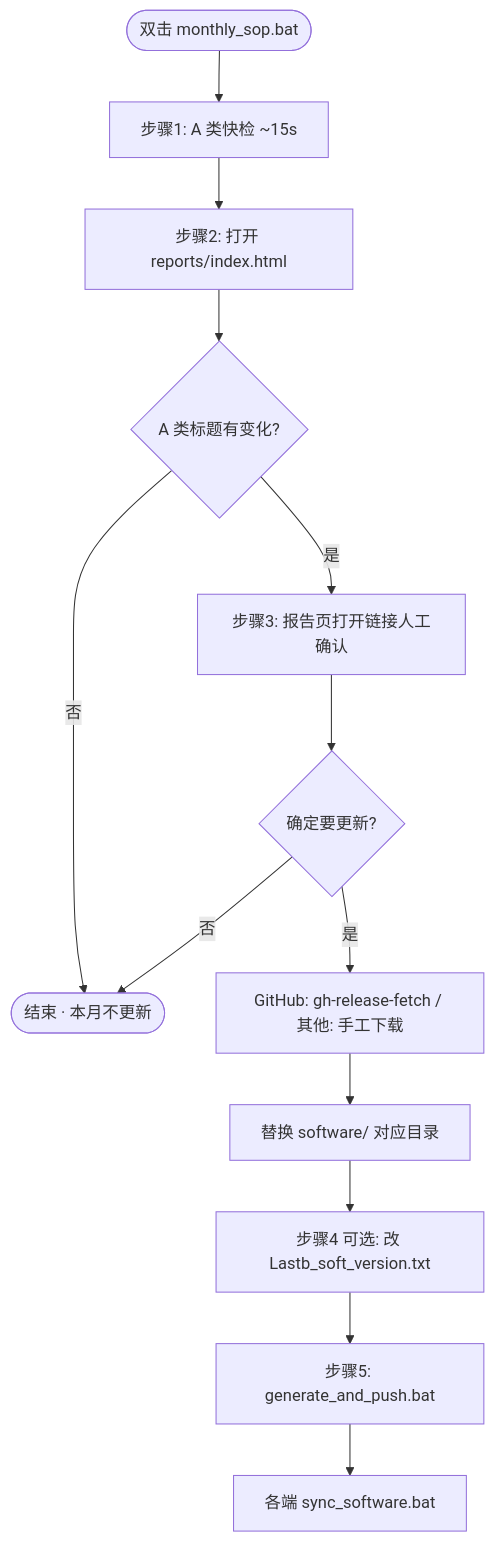
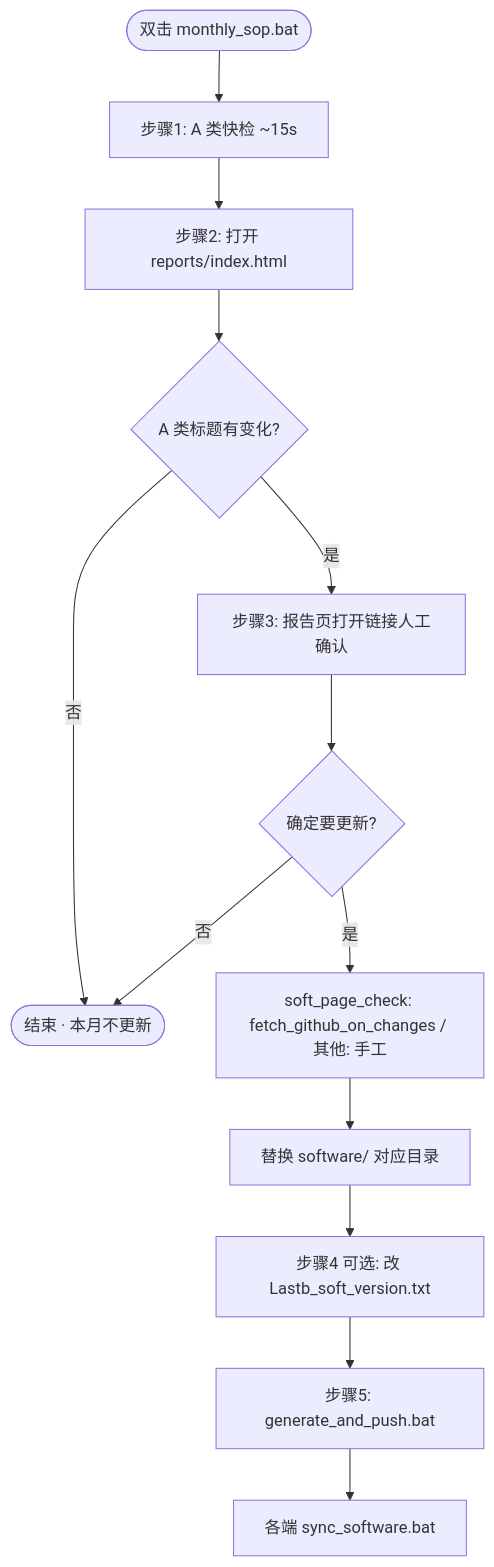
One commit to shellsec/softgitup changed the diagram in soft_page_check/README.md. Above: the diagram before and after it, drawn with Mermaid. The commit also changed other lines of this file and 77 other files, not shown here.

````diff
--- a/soft_page_check/README.md
+++ b/soft_page_check/README.md
@@ -19,15 +19,15 @@
 ```mermaid
 flowchart TD
   Start([双击 monthly_sop.bat]) --> S1[步骤1: A 类快检 ~15s]
   S1 --> S2[步骤2: 打开 reports/index.html]
   S2 --> Q{A 类标题有变化?}
   Q -->|否| EndOK([结束 · 本月不更新])
   Q -->|是| S3[步骤3: 报告页打开链接人工确认]
   S3 --> Q2{确定要更新?}
   Q2 -->|否| EndOK
-  Q2 -->|是| DL[GitHub: gh-release-fetch / 其他: 手工下载]
+  Q2 -->|是| DL[soft_page_check: fetch_github_on_changes / 其他: 手工]
   DL --> REP[替换 software/ 对应目录]
   REP --> S4[步骤4 可选: 改 Lastb_soft_version.txt]
   S4 --> S5[步骤5: generate_and_push.bat]
   S5 --> Sync[各端 sync_software.bat]
 ```
````
